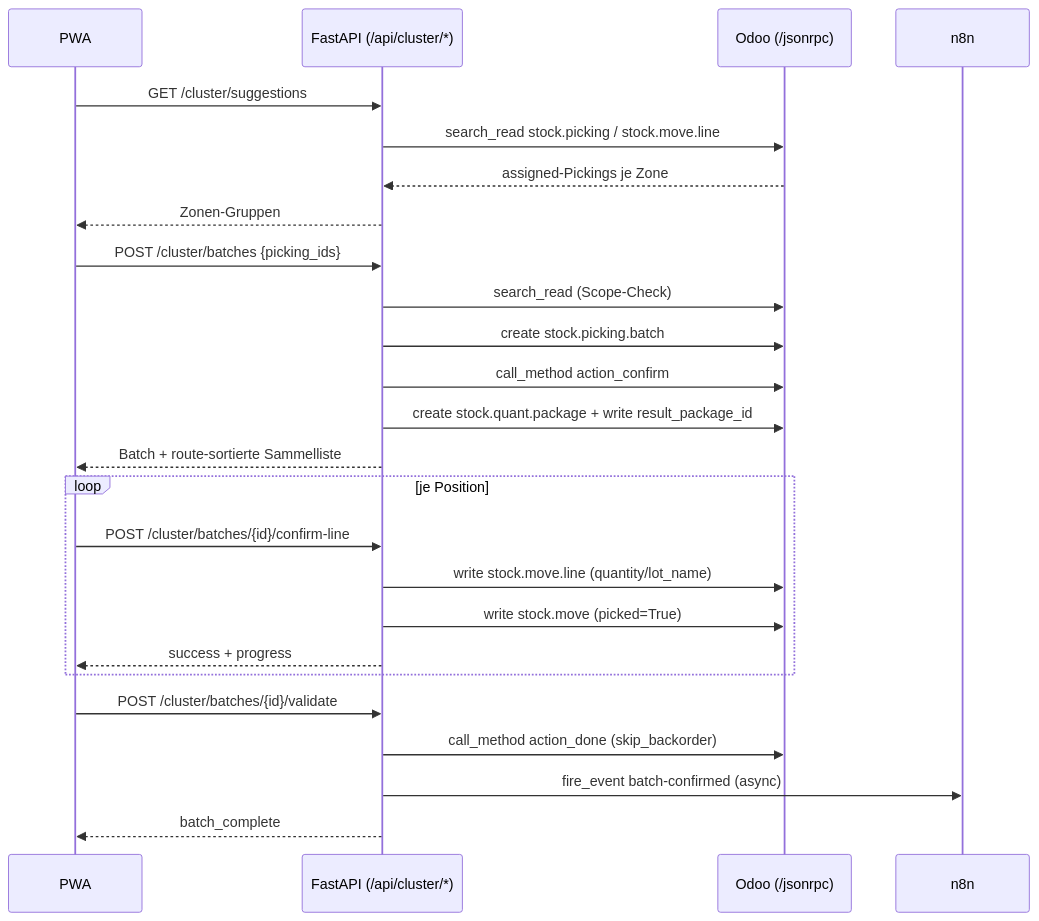
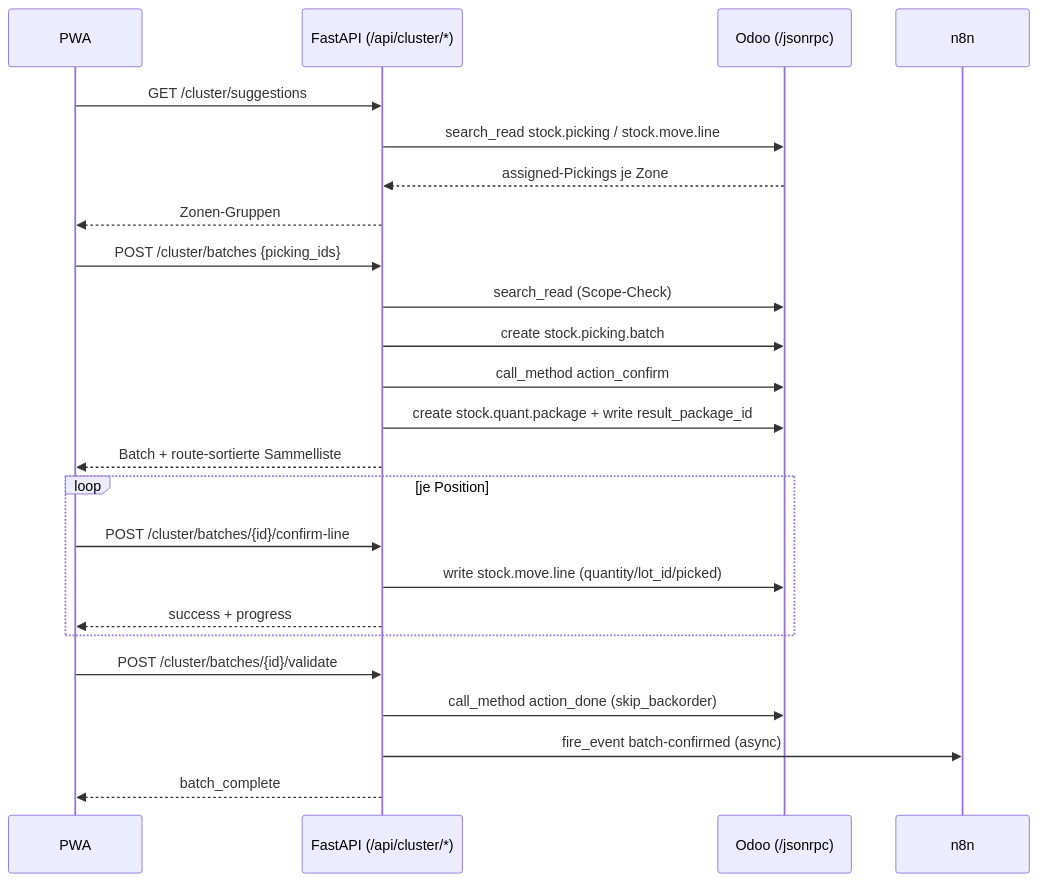
The diagram in Projekt-Wiki/12 - Funktionsdokumentation/03 - Cluster- & Batch-Picking.md (endritmurati99/mobile-picking-and-voice-assistant), drawn with Mermaid before and after one commit. The commit also changed other lines of this file and 206 other files, not shown here.

````diff
--- a/Projekt-Wiki/12 - Funktionsdokumentation/03 - Cluster- & Batch-Picking.md
+++ b/Projekt-Wiki/12 - Funktionsdokumentation/03 - Cluster- & Batch-Picking.md
@@ -26,31 +26,30 @@
 ```mermaid
 sequenceDiagram
     participant PWA
     participant FastAPI as FastAPI (/api/cluster/*)
     participant Odoo as Odoo (/jsonrpc)
     participant n8n
 
     PWA->>FastAPI: GET /cluster/suggestions
     FastAPI->>Odoo: search_read stock.picking / stock.move.line
     Odoo-->>FastAPI: assigned-Pickings je Zone
     FastAPI-->>PWA: Zonen-Gruppen
 
     PWA->>FastAPI: POST /cluster/batches {picking_ids}
     FastAPI->>Odoo: search_read (Scope-Check)
     FastAPI->>Odoo: create stock.picking.batch
     FastAPI->>Odoo: call_method action_confirm
     FastAPI->>Odoo: create stock.quant.package + write result_package_id
     FastAPI-->>PWA: Batch + route-sortierte Sammelliste
 
     loop je Position
         PWA->>FastAPI: POST /cluster/batches/{id}/confirm-line
-        FastAPI->>Odoo: write stock.move.line (quantity/lot_name)
-        FastAPI->>Odoo: write stock.move (picked=True)
+        FastAPI->>Odoo: write stock.move.line (quantity/lot_id/picked)
         FastAPI-->>PWA: success + progress
     end
 
     PWA->>FastAPI: POST /cluster/batches/{id}/validate
     FastAPI->>Odoo: call_method action_done (skip_backorder)
     FastAPI->>n8n: fire_event batch-confirmed (async)
     FastAPI-->>PWA: batch_complete
 ```
````
